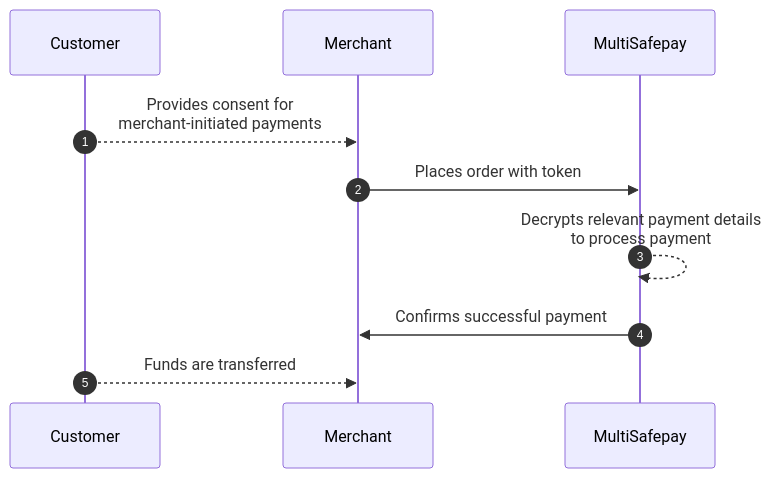
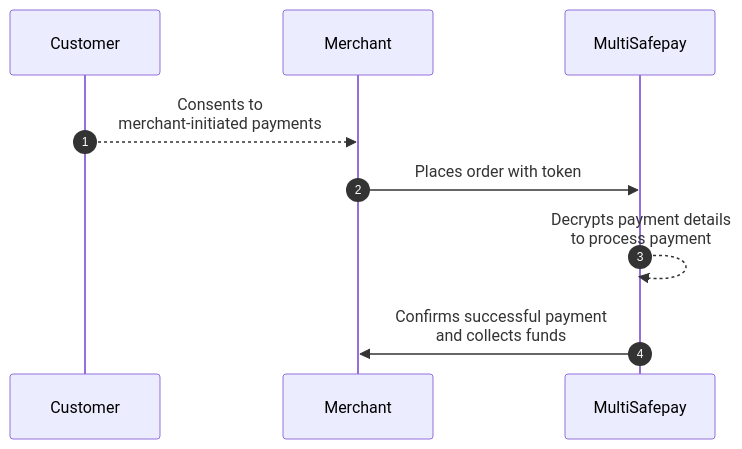
One commit to MultiSafepay/docs changed the third of 3 diagrams in content/payments/features/recurring-payments/_index.md. Above: the diagram before and after it, drawn with Mermaid. The commit also changed other lines of this file, not shown here.

Commit message:
DOCS-3059: Reorganization of Recurring Payments

```diff
--- a/content/payments/features/recurring-payments/_index.md
+++ b/content/payments/features/recurring-payments/_index.md
@@ -89,15 +123,14 @@
 {{< mermaid class="text-center" >}}
 
 sequenceDiagram
     autonumber
     participant C as Customer
     participant Me as Merchant
     participant Mu as MultiSafepay
 
-    C-->>Me: Provides consent for <br> merchant-initiated payments
+    C-->>Me: Consents to <br> merchant-initiated payments
     Me->>Mu: Places order with token
-    Mu-->>Mu: Decrypts relevant payment details <br> to process payment
-    Mu->>Me: Confirms successful payment
-    C-->>Me: Funds are transferred
+    Mu-->>Mu: Decrypts payment details <br> to process payment
+    Mu->>Me: Confirms successful payment <br> and collects funds
 
 {{< /mermaid >}}
```
